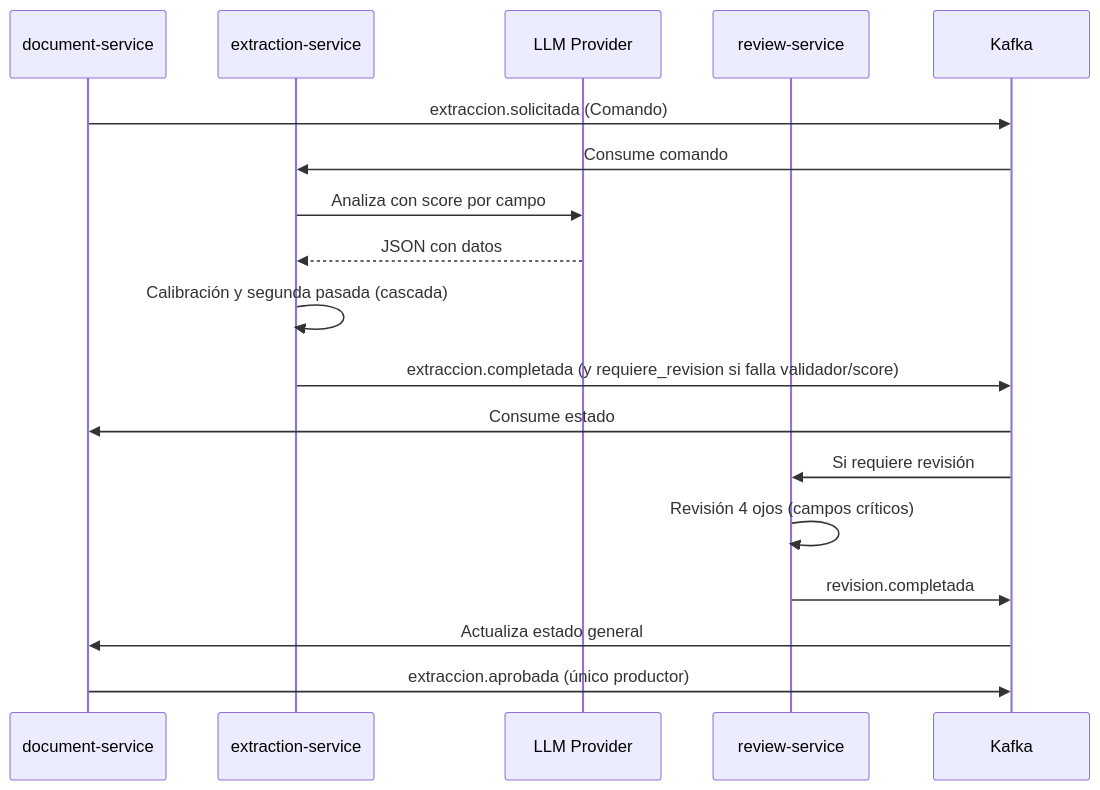
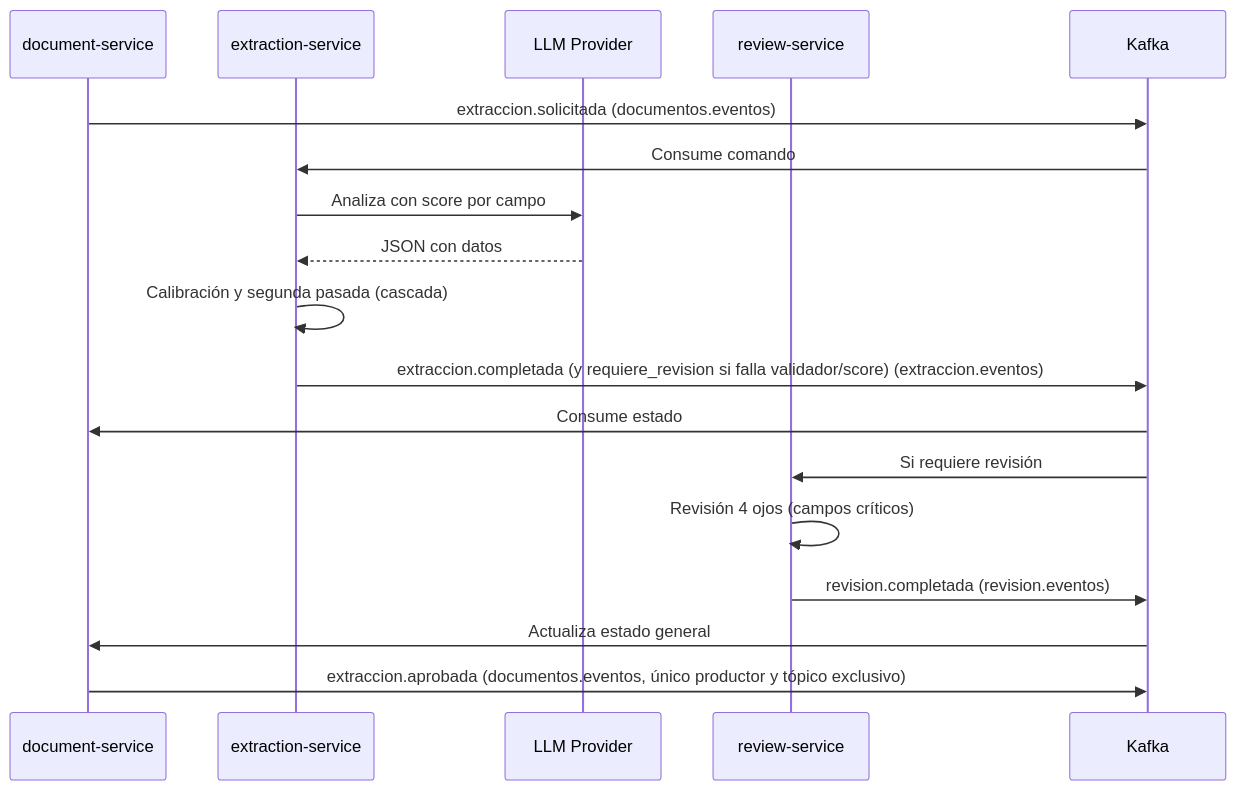
The third of 3 diagrams in docs/arquitectura.md (IngKevin95/IDP_ExtraccionDocumentos), drawn with Mermaid before and after one commit. The commit also changed other lines of this file and 90 other files, not shown here.

````diff
--- a/docs/arquitectura.md
+++ b/docs/arquitectura.md
@@ -242,20 +255,20 @@
 ```mermaid
 sequenceDiagram
     participant DS as document-service
     participant ES as extraction-service
     participant LLM as LLM Provider
     participant RS as review-service
     
-    DS->>Kafka: extraccion.solicitada (Comando)
+    DS->>Kafka: extraccion.solicitada (documentos.eventos)
     Kafka->>ES: Consume comando
     ES->>LLM: Analiza con score por campo
     LLM-->>ES: JSON con datos
     ES->>ES: Calibración y segunda pasada (cascada)
-    ES->>Kafka: extraccion.completada (y requiere_revision si falla validador/score)
+    ES->>Kafka: extraccion.completada (y requiere_revision si falla validador/score) (extraccion.eventos)
     Kafka->>DS: Consume estado
     Kafka->>RS: Si requiere revisión
     RS->>RS: Revisión 4 ojos (campos críticos)
-    RS->>Kafka: revision.completada
+    RS->>Kafka: revision.completada (revision.eventos)
     Kafka->>DS: Actualiza estado general
-    DS->>Kafka: extraccion.aprobada (único productor)
+    DS->>Kafka: extraccion.aprobada (documentos.eventos, único productor y tópico exclusivo)
 ```
````
